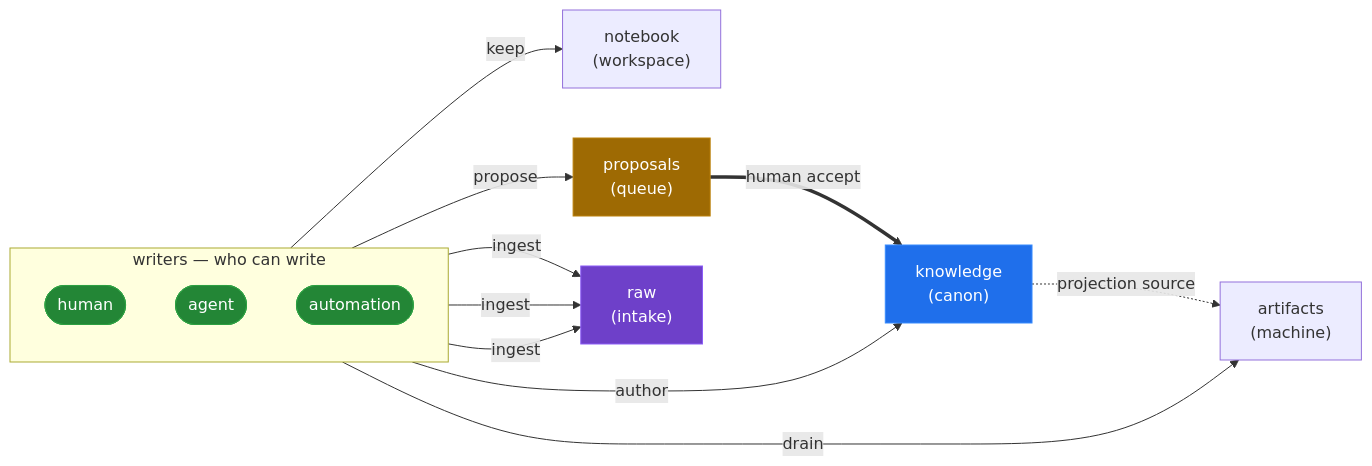
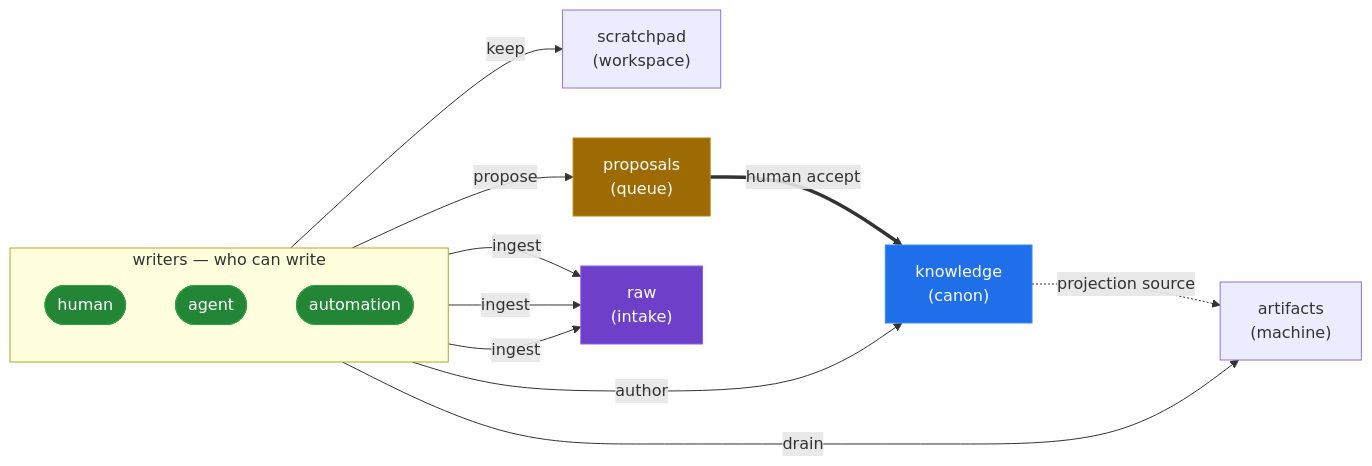
One commit to patrick204nqh/textus changed the diagram in .textus/data/knowledge/readme/concept.md. Above: the diagram before and after it, drawn with Mermaid. The commit also changed other lines of this file and 56 other files, not shown here.

Commit message:
refactor: update all notebook→scratchpad references in docs, specs, lib, and store data

````diff
--- a/.textus/data/knowledge/readme/concept.md
+++ b/.textus/data/knowledge/readme/concept.md
@@ -10,29 +10,29 @@
 ```mermaid
 flowchart LR
     subgraph writers["writers — who can write"]
         direction TB
         human(["human"])
         agent(["agent"])
         automation(["automation"])
     end
 
     human -->|author| knowledge["knowledge<br/>(canon)"]
-    agent -->|keep| notebook["notebook<br/>(workspace)"]
+    agent -->|keep| scratchpad["scratchpad<br/>(workspace)"]
     agent -->|propose| proposals["proposals<br/>(queue)"]
     automation -->|drain| artifacts["artifacts<br/>(machine)"]
     human -->|ingest| raw["raw<br/>(intake)"]
     agent -->|ingest| raw
     automation -->|ingest| raw
 
     proposals ==>|human accept| knowledge
     knowledge -.->|projection source| artifacts
 
     classDef actor fill:#238636,stroke:#2ea043,color:#fff;
     classDef gate fill:#9e6a03,stroke:#bb8009,color:#fff;
     classDef anchor fill:#1f6feb,stroke:#388bfd,color:#fff;
     classDef intake fill:#6e40c9,stroke:#8b5cf6,color:#fff;
     class human,agent,automation actor;
     class proposals gate;
     class knowledge anchor;
     class raw intake;
 ```
````
